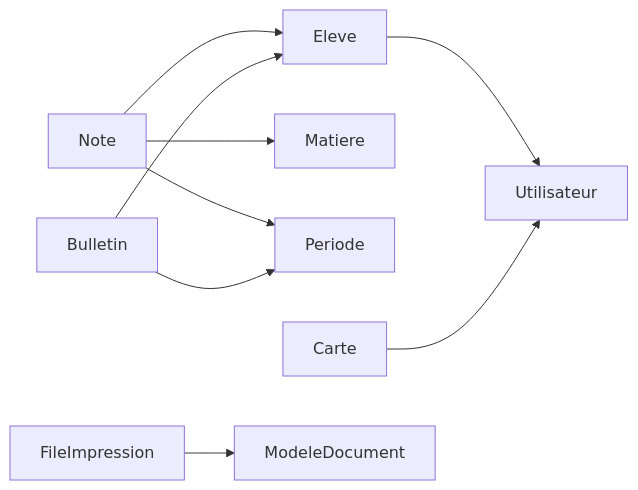
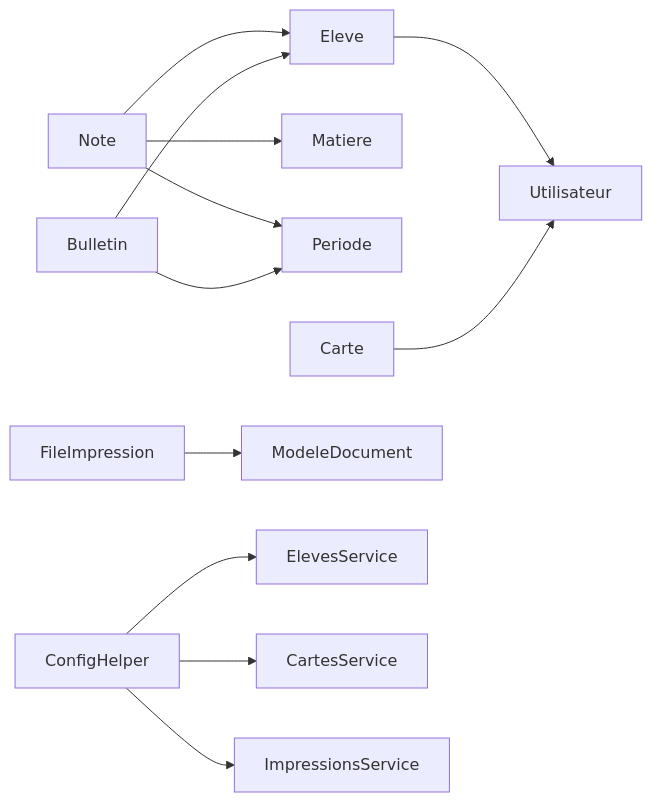
One commit to franckylab/eLISAschool changed the tenth of 10 diagrams in .qoder/repowiki/en/content/Modules & Features/Student Management.md. Above: the diagram before and after it, drawn with Mermaid. The commit also changed other lines of this file and 155 other files, not shown here.

````diff
--- a/.qoder/repowiki/en/content/Modules & Features/Student Management.md
+++ b/.qoder/repowiki/en/content/Modules & Features/Student Management.md
@@ -461,11 +537,14 @@
 ```mermaid
 graph LR
 Eleve --> Utilisateur
 Note --> Eleve
 Note --> Matiere
 Note --> Periode
 Bulletin --> Eleve
 Bulletin --> Periode
 Carte --> Utilisateur
 FileImpression --> ModeleDocument
+ConfigHelper --> ElevesService
+ConfigHelper --> CartesService
+ConfigHelper --> ImpressionsService
 ```
````
